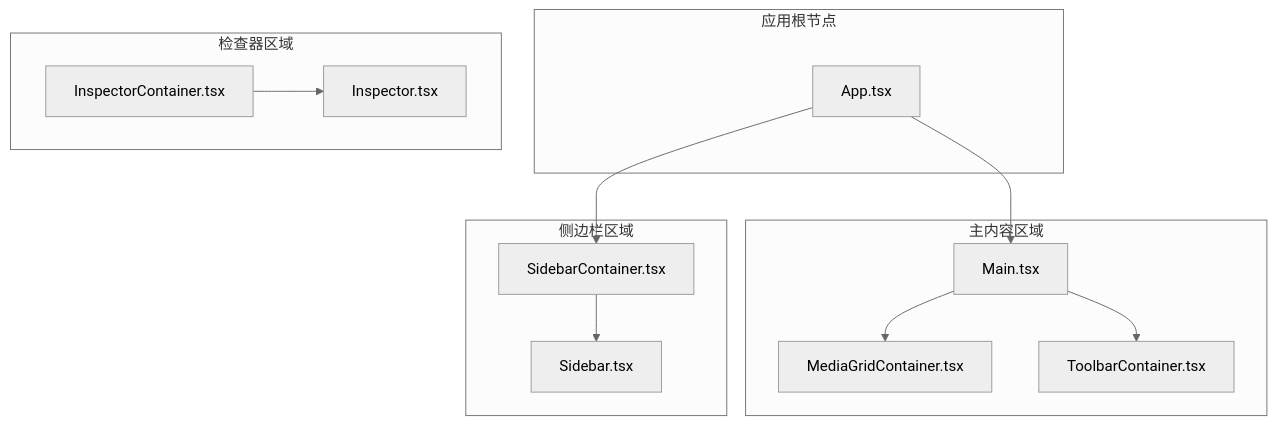
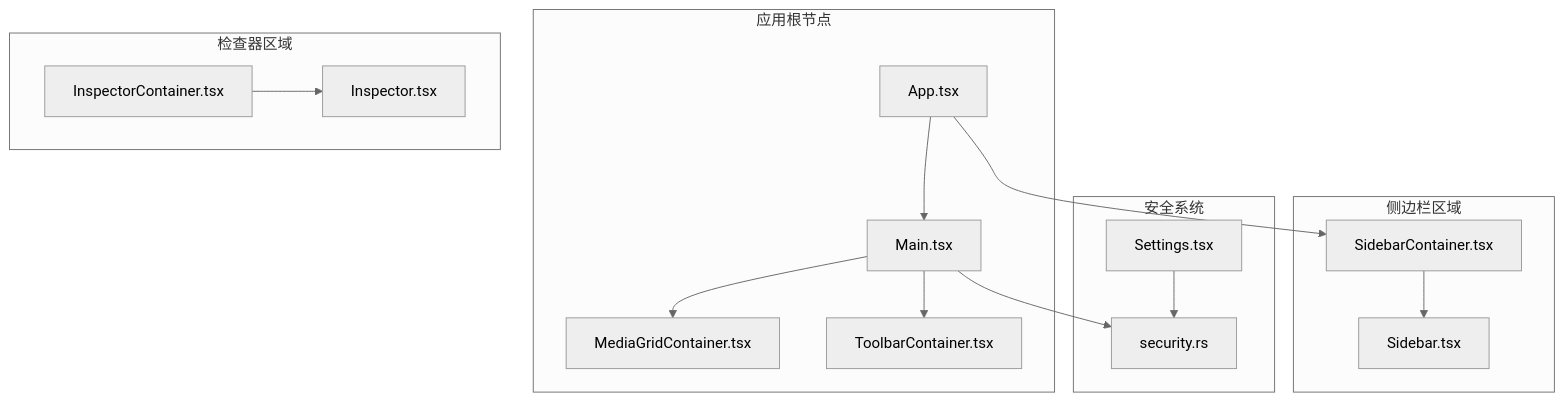
Before and after one commit to YLee9527/Medex: the first of 15 diagrams in doc/repowiki/zh/content/前端开发/UI 组件详解/主内容组件 (Main).md, drawn with Mermaid (neutral theme). The commit also changed other lines of this file and 31 other files, not shown here.

First line of the commit message:
docs(doc): 添加部署脚本、锁屏功能、发布指南及设置按钮图标文档

````diff
--- a/doc/repowiki/zh/content/前端开发/UI 组件详解/主内容组件 (Main).md
+++ b/doc/repowiki/zh/content/前端开发/UI 组件详解/主内容组件 (Main).md
@@ -40,25 +54,29 @@
 ```mermaid
 graph TB
 subgraph "应用根节点"
 App[App.tsx]
-end
-subgraph "主内容区域"
 Main[Main.tsx]
 MediaGridContainer[MediaGridContainer.tsx]
 ToolbarContainer[ToolbarContainer.tsx]
 end
 subgraph "侧边栏区域"
 SidebarContainer[SidebarContainer.tsx]
 Sidebar[Sidebar.tsx]
 end
 subgraph "检查器区域"
 InspectorContainer[InspectorContainer.tsx]
 Inspector[Inspector.tsx]
 end
+subgraph "安全系统"
+Security[security.rs]
+Settings[Settings.tsx]
+end
 App --> SidebarContainer
 App --> Main
 Main --> ToolbarContainer
 Main --> MediaGridContainer
 SidebarContainer --> Sidebar
 InspectorContainer --> Inspector
+Main --> Security
+Settings --> Security
 ```
````
